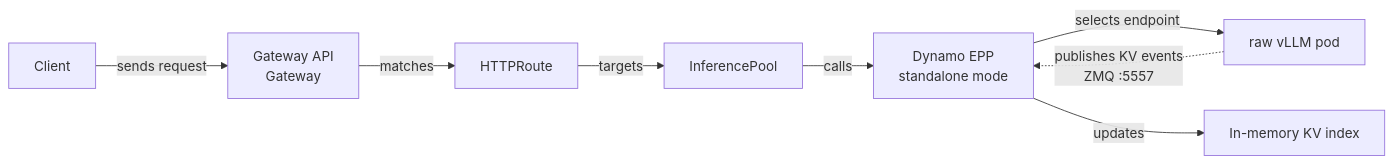
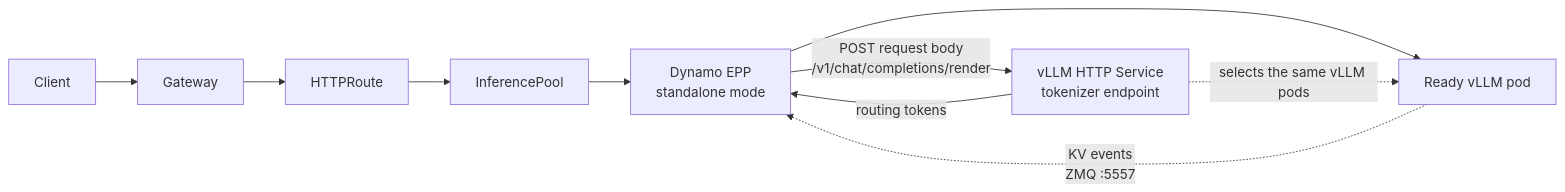
The first of 2 diagrams in docs/fern/kubernetes/vanilla-vllm-onramp.mdx (ai-dynamo/dynamo), drawn with Mermaid before and after one commit. The commit also changed other lines of this file and 2 other files, not shown here.

Commit message:
docs/gateway-api: add vanilla vllm on-ramp

````diff
--- a/docs/fern/kubernetes/vanilla-vllm-onramp.mdx
+++ b/docs/fern/kubernetes/vanilla-vllm-onramp.mdx
@@ -19,10 +34,12 @@
 ```mermaid
 flowchart LR
-    Client["Client"] -->|"sends request"| Gateway["Gateway API<br/>Gateway"]
-    Gateway -->|"matches"| Route["HTTPRoute"]
-    Route -->|"targets"| Pool["InferencePool"]
-    Pool -->|"calls"| EPP["Dynamo EPP<br/>standalone mode"]
-    EPP -->|"selects endpoint"| VLLM["raw vLLM pod"]
-    VLLM -. "publishes KV events<br/>ZMQ :5557" .-> EPP
-    EPP -->|"updates"| Index["In-memory KV index"]
+    Client["Client"] --> Gateway["Gateway"]
+    Gateway --> Route["HTTPRoute"]
+    Route --> Pool["InferencePool"]
+    Pool --> EPP["Dynamo EPP<br/>standalone mode"]
+    EPP --> Worker["Ready vLLM pod"]
+    Worker -. "KV events<br/>ZMQ :5557" .-> EPP
+    EPP -->|"POST request body<br/>/v1/chat/completions/render"| Render["vLLM HTTP Service<br/>tokenizer endpoint"]
+    Render -->|"routing tokens"| EPP
+    Render -. "selects the same vLLM pods" .-> Worker
 ```
````
